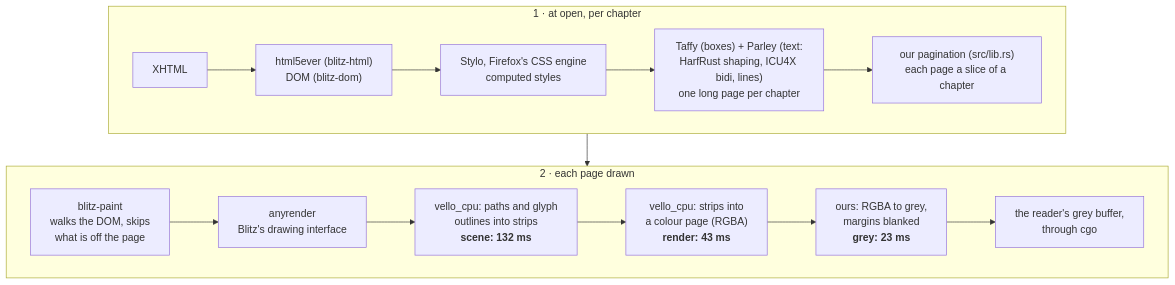
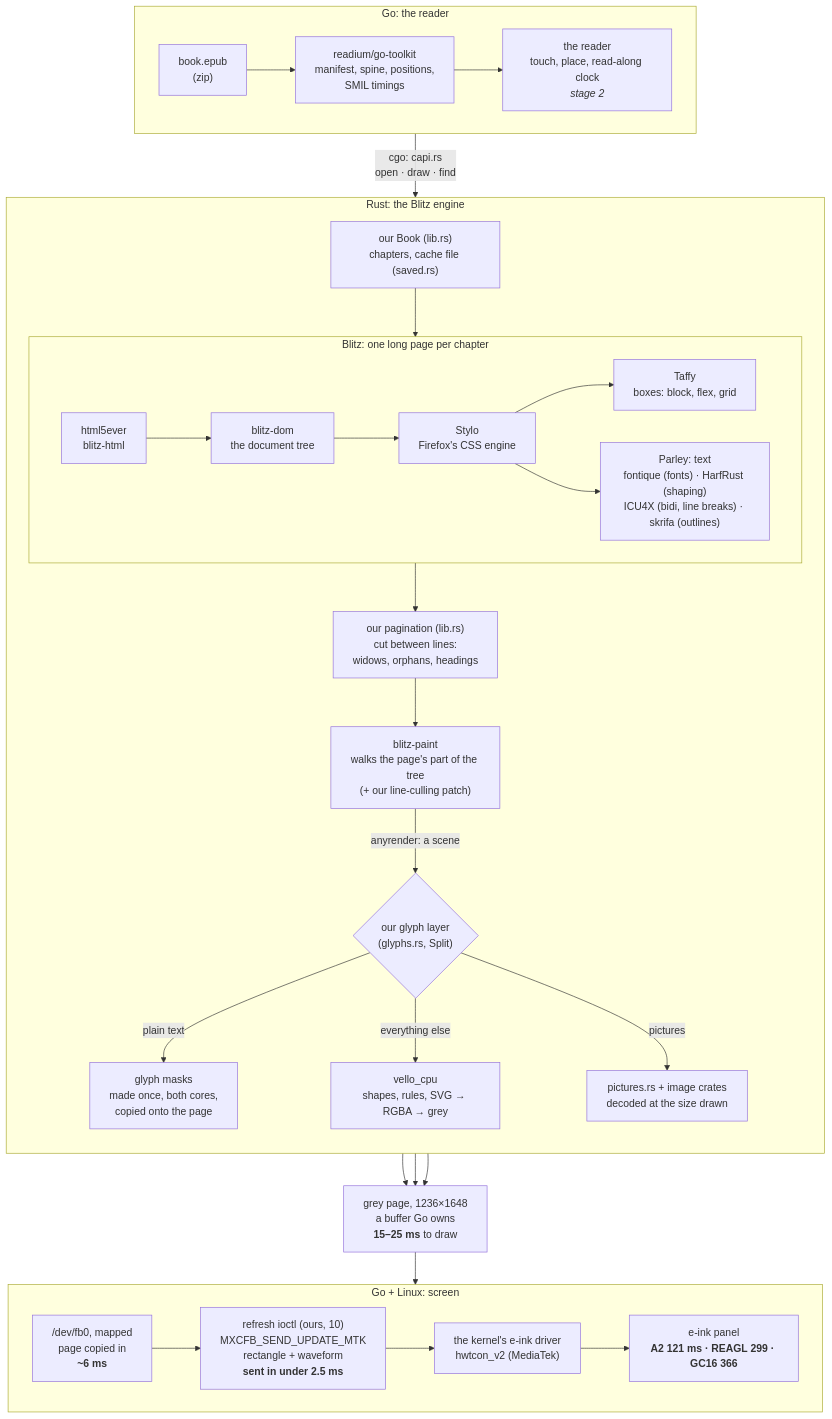
The first of 3 diagrams in docs/design.md (ardeshirj/shamsaink), drawn with Mermaid before and after one commit. The commit also changed other lines of this file and 3 other files, not shown here.

First line of the commit message:
One design doc: every part from the EPUB down to the ink

````diff
--- a/docs/design.md
+++ b/docs/design.md
@@ -62,19 +38,42 @@
 ```mermaid
 flowchart TB
-  subgraph open ["1 · at open, per chapter"]
+  subgraph go1 ["Go: the reader"]
     direction LR
-    x[XHTML] --> h["html5ever (blitz-html)<br/>DOM (blitz-dom)"]
-    h --> st["Stylo, Firefox's CSS engine<br/>computed styles"]
-    st --> tp["Taffy (boxes) + Parley (text:<br/>HarfRust shaping, ICU4X bidi, lines)<br/>one long page per chapter"]
-    tp --> pg["our pagination (src/lib.rs)<br/>each page a slice of a chapter"]
+    epub["book.epub<br/>(zip)"] --> tk["readium/go-toolkit<br/>manifest, spine, positions,<br/>SMIL timings"]
+    tk --> rd["the reader<br/>touch, place, read-along clock<br/><i>stage 2</i>"]
   end
-  subgraph drawn ["2 · each page drawn"]
+
+  rd -- "cgo: capi.rs<br/>open · draw · find" --> bk
+
+  subgraph rust ["Rust: the Blitz engine"]
+    direction TB
+    bk["our Book (lib.rs)<br/>chapters, cache file (saved.rs)"]
+    subgraph blitz ["Blitz: one long page per chapter"]
+      direction LR
+      h5["html5ever<br/>blitz-html"] --> dom["blitz-dom<br/>the document tree"]
+      dom --> sty["Stylo<br/>Firefox's CSS engine"]
+      sty --> taf["Taffy<br/>boxes: block, flex, grid"]
+      sty --> par["Parley: text<br/>fontique (fonts) · HarfRust (shaping)<br/>ICU4X (bidi, line breaks) · skrifa (outlines)"]
+    end
+    bk --> blitz
+    blitz --> pag["our pagination (lib.rs)<br/>cut between lines:<br/>widows, orphans, headings"]
+    pag --> paint["blitz-paint<br/>walks the page's part of the tree<br/>(+ our line-culling patch)"]
+    paint -- "anyrender: a scene" --> split{"our glyph layer<br/>(glyphs.rs, Split)"}
+    split -- "plain text" --> masks["glyph masks<br/>made once, both cores,<br/>copied onto the page"]
+    split -- "everything else" --> vc["vello_cpu<br/>shapes, rules, SVG → RGBA → grey"]
+    split -- "pictures" --> pic["pictures.rs + image crates<br/>decoded at the size drawn"]
+  end
+
+  masks --> buf
+  vc --> buf
+  pic --> buf
+  buf["grey page, 1236×1648<br/>a buffer Go owns<br/><b>15–25 ms</b> to draw"]
+
+  subgraph dev ["Go + Linux: screen"]
     direction LR
-    bp["blitz-paint<br/>walks the DOM, skips<br/>what is off the page"] --> ar["anyrender<br/>Blitz's drawing interface"]
-    ar --> sc["vello_cpu: paths and glyph<br/>outlines into strips<br/><b>scene: 132 ms</b>"]
-    sc --> rd["vello_cpu: strips into<br/>a colour page (RGBA)<br/><b>render: 43 ms</b>"]
-    rd --> gr["ours: RGBA to grey,<br/>margins blanked<br/><b>grey: 23 ms</b>"]
-    gr --> buf["the reader's grey buffer,<br/>through cgo"]
+    fb["/dev/fb0, mapped<br/>page copied in<br/><b>~6 ms</b>"] --> io["refresh ioctl (ours, 10)<br/>MXCFB_SEND_UPDATE_MTK<br/>rectangle + waveform<br/><b>sent in under 2.5 ms</b>"]
+    io --> drv["the kernel's e-ink driver<br/>hwtcon_v2 (MediaTek)"]
+    drv --> ink["e-ink panel<br/><b>A2 121 ms · REAGL 299 · GC16 366</b>"]
   end
-  open --> drawn
+  buf --> fb
 ```
````
